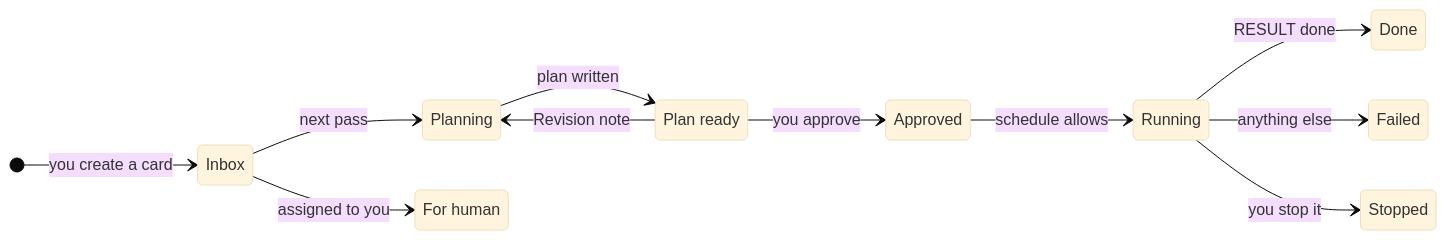
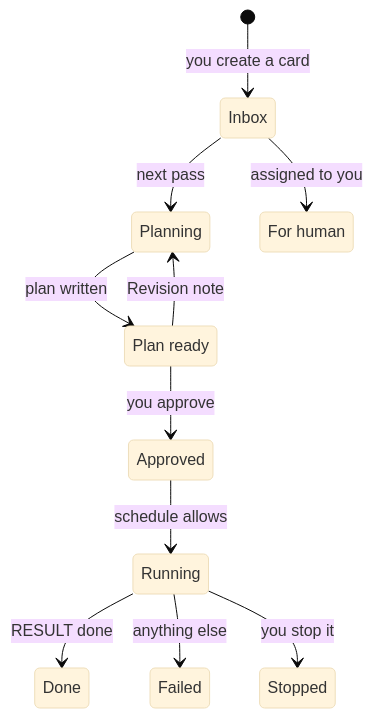
Before and after one commit to cnkndmr/BoardRunner: the third of 3 diagrams in README.md, drawn with Mermaid (base theme). The commit also changed other lines of this file, not shown here.

Commit message:
README: simpler diagrams that render without clipping

````diff
--- a/README.md
+++ b/README.md
@@ -103,16 +100,15 @@
 ```mermaid
 stateDiagram-v2
-    direction LR
     [*] --> Inbox: you create a card
     Inbox --> Planning: next pass
     Planning --> PlanReady: plan written
     PlanReady --> Planning: Revision note
     PlanReady --> Approved: you approve
     Approved --> Running: schedule allows
     Running --> Done: RESULT done
     Running --> Failed: anything else
     Running --> Stopped: you stop it
     Inbox --> ForHuman: assigned to you
     PlanReady: Plan ready
     ForHuman: For human
 ```
````
